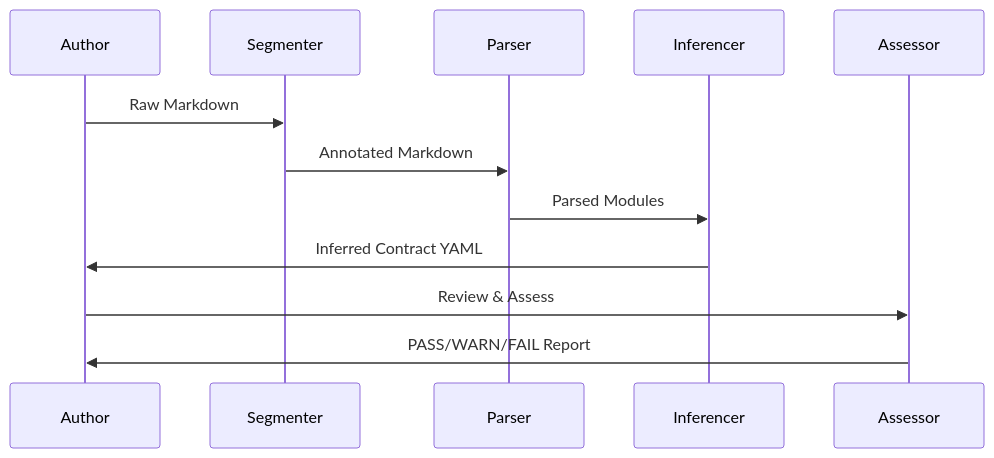
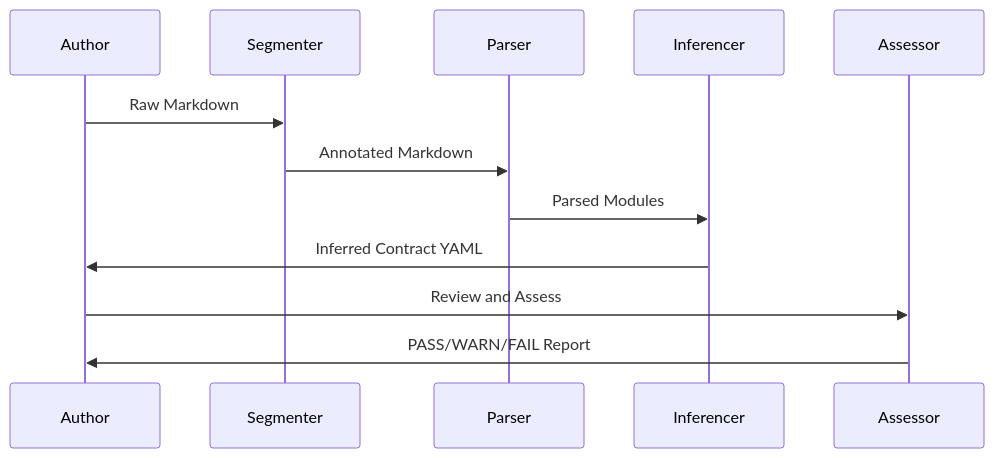
One commit to mattbriggs/novel_testbed_app changed the sixth of 6 diagrams in docs/software-design.md. Above: the diagram before and after it, drawn with Mermaid. The commit also changed other lines of this file and 26 other files, not shown here.

````diff
--- a/docs/software-design.md
+++ b/docs/software-design.md
@@ -166,15 +211,15 @@
 ```mermaid
 sequenceDiagram
     participant Author
     participant Segmenter
     participant Parser
     participant Inferencer
     participant Assessor
 
     Author->>Segmenter: Raw Markdown
     Segmenter->>Parser: Annotated Markdown
     Parser->>Inferencer: Parsed Modules
     Inferencer->>Author: Inferred Contract YAML
-    Author->>Assessor: Review & Assess
+    Author->>Assessor: Review and Assess
     Assessor->>Author: PASS/WARN/FAIL Report
 ```
````
